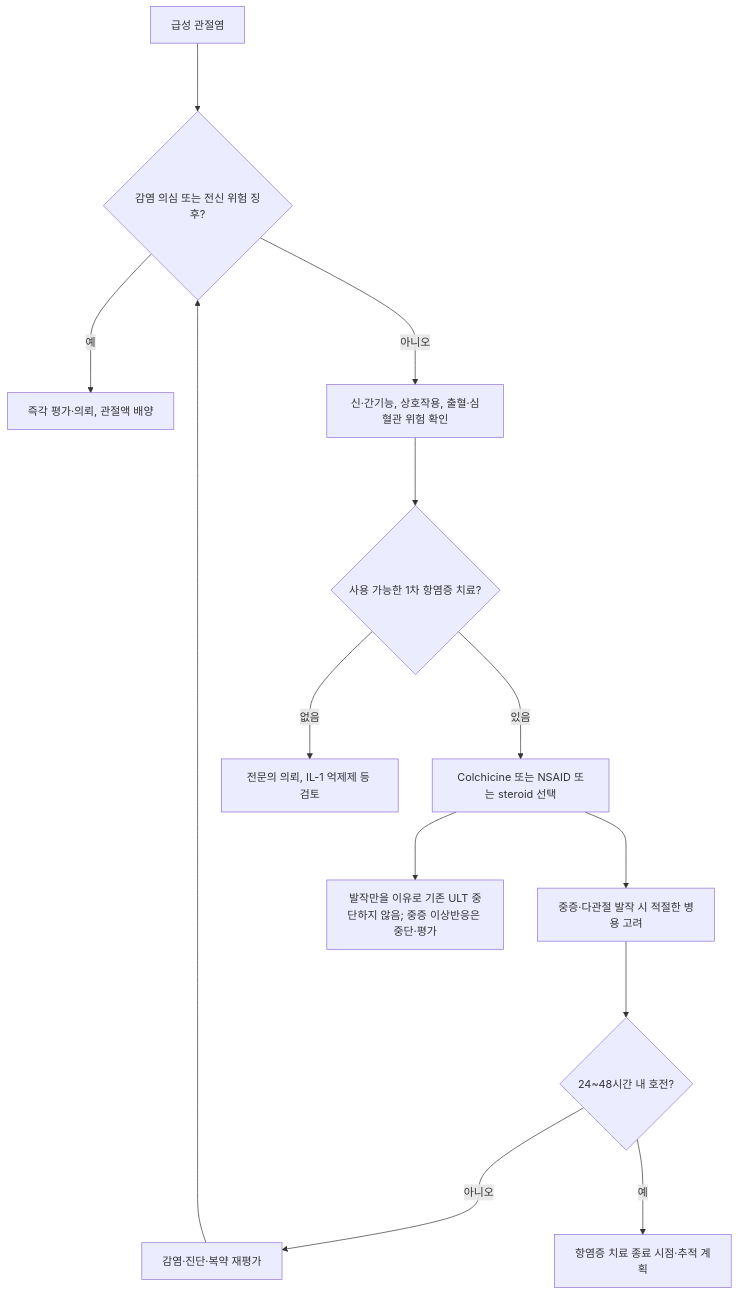
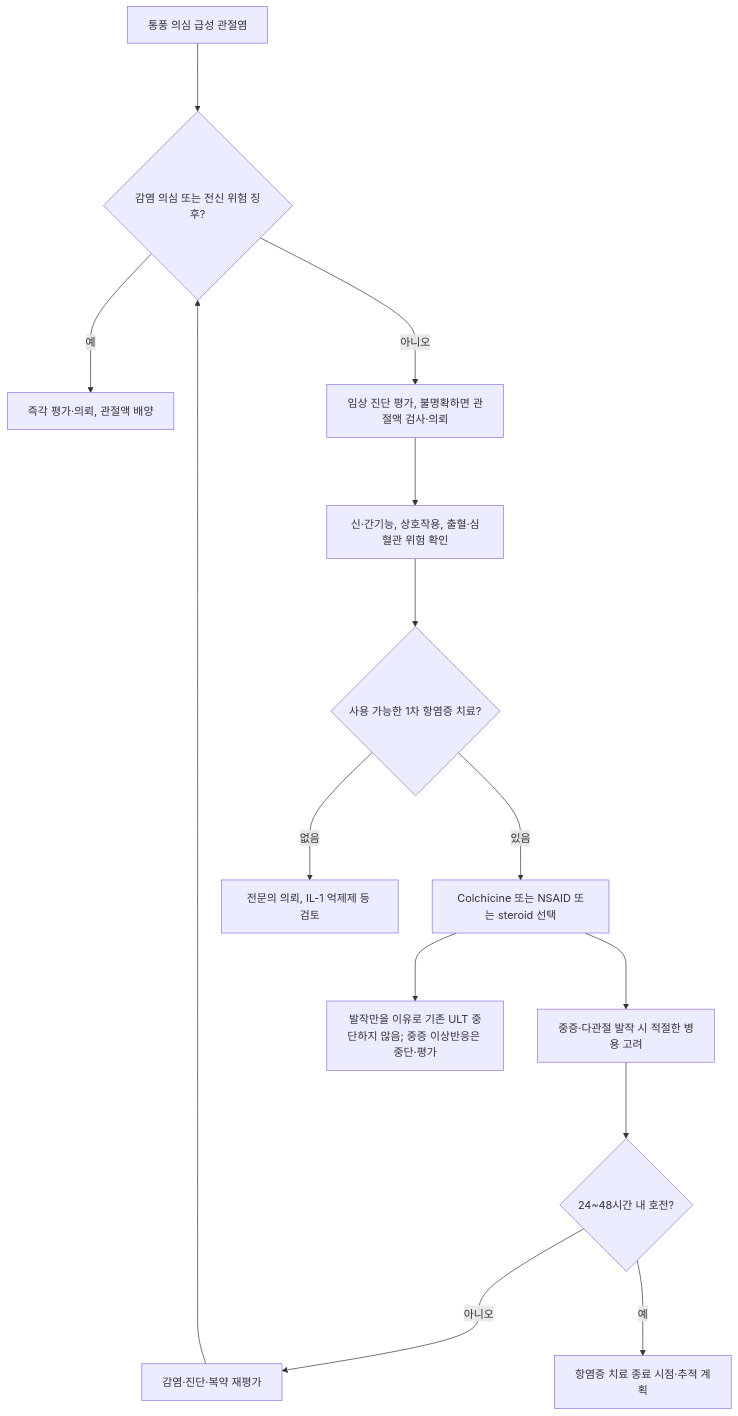
One commit to familyoh77/familyoh77 changed the first of 2 diagrams in 228_/152_-gout.md. Above: the diagram before and after it, drawn with Mermaid. The commit also changed other lines of this file and 7 other files, not shown here.

````diff
--- a/228_/152_-gout.md
+++ b/228_/152_-gout.md
@@ -130,15 +130,16 @@
 ```mermaid
 graph TD
-    A["급성 관절염"] ---> B{"감염 의심 또는 전신 위험 징후?"}
+    A["통풍 의심 급성 관절염"] ---> B{"감염 의심 또는 전신 위험 징후?"}
     B --->|예| C["즉각 평가·의뢰, 관절액 배양"]
-    B --->|아니오| D["신·간기능, 상호작용, 출혈·심혈관 위험 확인"]
+    B --->|아니오| D0["임상 진단 평가, 불명확하면 관절액 검사·의뢰"]
+    D0 ---> D["신·간기능, 상호작용, 출혈·심혈관 위험 확인"]
     D ---> E{"사용 가능한 1차 항염증 치료?"}
     E --->|있음| F["Colchicine 또는 NSAID 또는 steroid 선택"]
     E --->|없음| G["전문의 의뢰, IL-1 억제제 등 검토"]
     F ---> H["중증·다관절 발작 시 적절한 병용 고려"]
     H ---> I{"24~48시간 내 호전?"}
     I --->|아니오| J["감염·진단·복약 재평가"]
     J ---> B
     I --->|예| K["항염증 치료 종료 시점·추적 계획"]
     F ---> L["발작만을 이유로 기존 ULT 중단하지 않음; 중증 이상반응은 중단·평가"]
 ```
````
